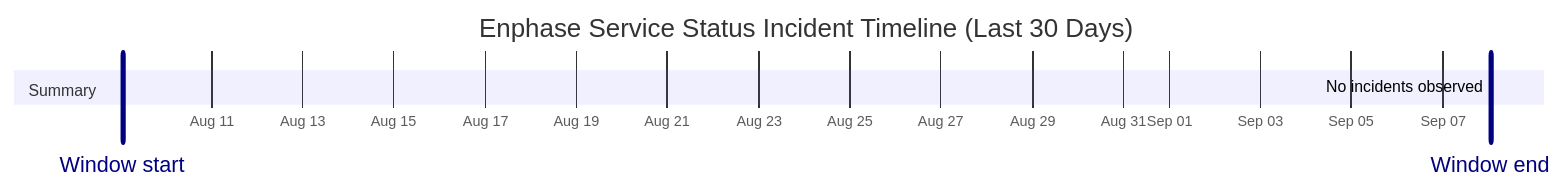
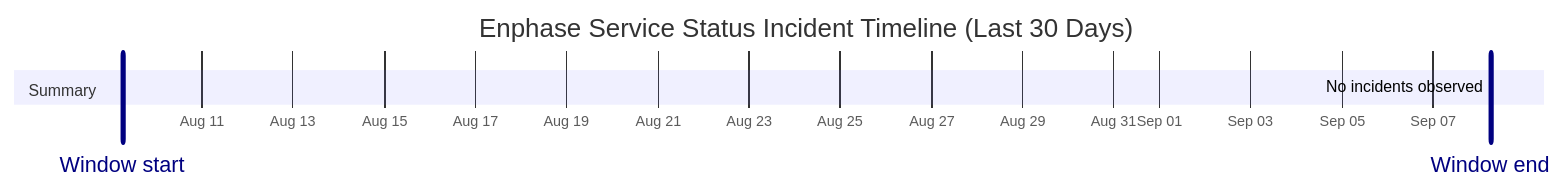
The diagram in wiki/Service-Status-History.md (barneyonline/ha-enphase-energy), drawn with Mermaid before and after one commit. The commit also changed other lines of this file and 3 other files, not shown here.

````diff
--- a/wiki/Service-Status-History.md
+++ b/wiki/Service-Status-History.md
@@ -14,10 +14,10 @@
 ```mermaid
 gantt
     title Enphase Service Status Incident Timeline (Last 30 Days)
     dateFormat  YYYY-MM-DDTHH:mm:ss
     axisFormat  %b %d
-    Window start :vert, window-start, 2026-08-09T01:17:06, 0ms
-    Window end :vert, window-end, 2026-09-08T01:17:06, 0ms
+    Window start :vert, window-start, 2026-08-09T06:15:52, 0ms
+    Window end :vert, window-end, 2026-09-08T06:15:52, 0ms
     section Summary
-    No incidents observed :done, 2026-09-08T01:17:06, 1m
+    No incidents observed :done, 2026-09-08T06:15:52, 1m
 ```
````
